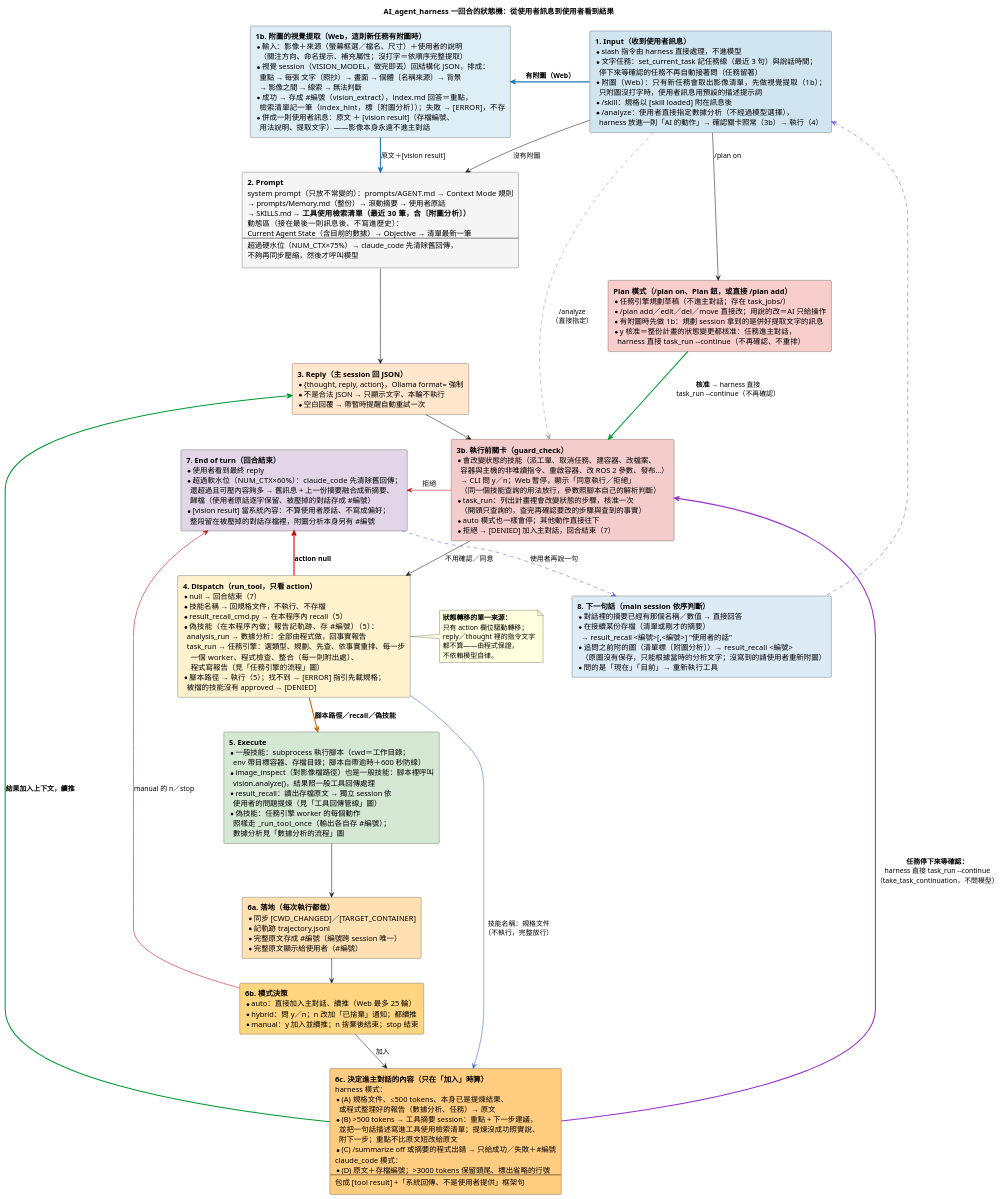
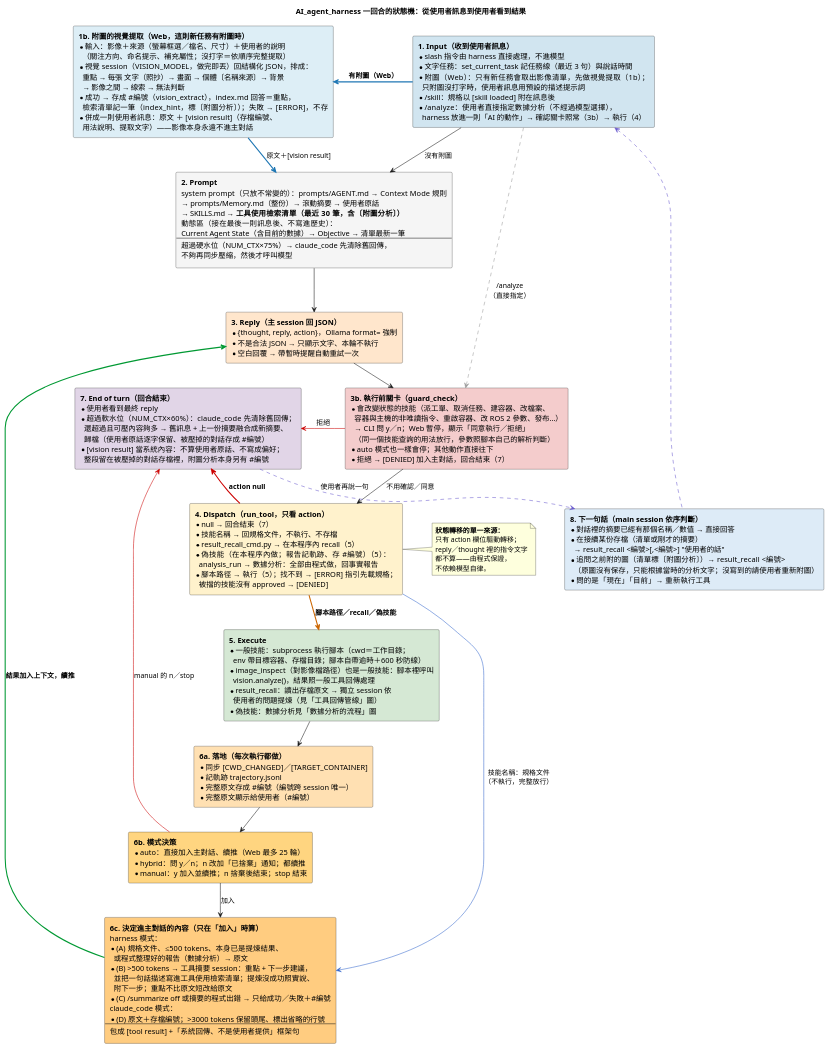
Before and after one commit to DavidZox/Coding_agnet: the diagram in doc/diagrams/AI_agent_harness的狀態轉移.puml, drawn with PlantUML. The commit also changed 63 other files, not shown here.

```diff
--- a/doc/diagrams/AI_agent_harness的狀態轉移.puml
+++ b/doc/diagrams/AI_agent_harness的狀態轉移.puml
@@ -1,184 +1,164 @@
 @startuml
 ' --- 樣式精準控制 ---
 skinparam RectangleWidthMax 360
 skinparam ranksep 45
 skinparam nodesep 55
 skinparam shadowing false
 skinparam defaultFontName "Microsoft JhengHei"
 
 title AI_agent_harness 一回合的狀態機：從使用者訊息到使用者看到結果
 
 rectangle State1 #D1E5F0 [
   **1. Input（收到使用者訊息）**
   * slash 指令由 harness 直接處理，不進模型
-  * 文字任務：set_current_task 記任務線（最近 3 句）與說話時間；
-    停下來等確認的任務不再自動接著問（任務留著）
+  * 文字任務：set_current_task 記任務線（最近 3 句）與說話時間
   * 附圖（Web）：只有新任務會取出影像清單，先做視覺提取（1b）；
     只附圖沒打字時，使用者訊息用預設的描述提示詞
   * /skill：規格以 [skill loaded] 附在訊息後
   * /analyze：使用者直接指定數據分析（不經過模型選擇），
     harness 放進一則「AI 的動作」→ 確認關卡照常（3b）→ 執行（4）
 ]
 
 rectangle StateVision #DDEEF6 [
   **1b. 附圖的視覺提取（Web，這則新任務有附圖時）**
   * 輸入：影像＋來源（螢幕框選／檔名、尺寸）＋使用者的說明
     （關注方向、命名提示、補充屬性；沒打字＝依順序完整提取）
   * 視覺 session（VISION_MODEL，做完即丟）回結構化 JSON，排成：
     重點 → 每張 文字（照抄）→ 畫面 → 個體〔名稱來源〕→ 背景
     → 影像之間 → 線索 → 無法判斷
   * 成功 → 存成 #編號（vision_extract），index.md 回答＝重點，
     檢索清單記一筆（index_hint，標〔附圖分析〕）；失敗 → [ERROR]，不存
   * 併成一則使用者訊息：原文 ＋ [vision result]（存檔編號、
     用法說明、提取文字）——影像本身永遠不進主對話
 ]
 
 rectangle State2 #F5F5F5 [
   **2. Prompt**
   system prompt（只放不常變的）：prompts/AGENT.md → Context Mode 規則
   → prompts/Memory.md（整份）→ 滾動摘要 → 使用者原話
   → SKILLS.md → **工具使用檢索清單（最近 30 筆，含〔附圖分析〕）**
   動態區（接在最後一則訊息後、不寫進歷史）：
   Current Agent State（含目前的數據）→ Objective → 清單最新一筆
   ----
   超過硬水位（NUM_CTX×75%）→ claude_code 先清除舊回傳，
   不夠再同步壓縮，然後才呼叫模型
 ]
 
 rectangle State3 #FFE6CC [
   **3. Reply（主 session 回 JSON）**
   * {thought, reply, action}，Ollama format= 強制
   * 不是合法 JSON → 只顯示文字、本輪不執行
   * 空白回覆 → 帶暫時提醒自動重試一次
 ]
 
 rectangle StateGuard #F4CCCC [
   **3b. 執行前關卡（guard_check）**
   * 會改變狀態的技能（派工單、取消任務、建容器、改檔案、
     容器與主機的非唯讀指令、重啟容器、改 ROS 2 參數、發布…）
     → CLI 問 y／n；Web 暫停，顯示「同意執行／拒絕」
     （同一個技能查詢的用法放行，參數照腳本自己的解析判斷）
-  * task_run：列出計畫裡會改變狀態的步驟，核准一次
-    （開頭只查詢的，查完再確認要改的步驟與查到的事實）
   * auto 模式也一樣會停；其他動作直接往下
   * 拒絕 → [DENIED] 加入主對話，回合結束（7）
 ]
 
 rectangle State4 #FFF2CC [
   **4. Dispatch（run_tool，只看 action）**
   * null → 回合結束（7）
   * 技能名稱 → 回規格文件，不執行、不存檔
   * result_recall_cmd.py → 在本程序內 recall（5）
   * 偽技能（在本程序內做；報告記軌跡、存 #編號）（5）：
     analysis_run → 數據分析：全部由程式做，回事實報告
-    task_run → 任務引擎：選類型、規劃、先查、依事實重排、每一步
-      一個 worker、程式檢查、整合（每一則附出處）、
-      程式寫報告（見「任務引擎的流程」圖）
   * 腳本路徑 → 執行（5）；找不到 → [ERROR] 指引先載規格；
     被擋的技能沒有 approved → [DENIED]
 ]
 
 rectangle State5 #D5E8D4 [
   **5. Execute**
   * 一般技能：subprocess 執行腳本（cwd＝工作目錄；
     env 帶目標容器、存檔目錄；腳本自帶逾時＋600 秒防線）
   * image_inspect（對影像檔路徑）也是一般技能：腳本裡呼叫
     vision.analyze()，結果照一般工具回傳處理
   * result_recall：讀出存檔原文 → 獨立 session 依
     使用者的問題提煉（見「工具回傳管線」圖）
-  * 偽技能：任務引擎 worker 的每個動作
-    照樣走 _run_tool_once（輸出各自存 #編號）；
-    數據分析見「數據分析的流程」圖
+  * 偽技能：數據分析見「數據分析的流程」圖
 ]
 
 rectangle State6a #FFE0B2 [
   **6a. 落地（每次執行都做）**
   * 同步 [CWD_CHANGED]／[TARGET_CONTAINER]
   * 記軌跡 trajectory.jsonl
   * 完整原文存成 #編號（編號跨 session 唯一）
   * 完整原文顯示給使用者（#編號）
 ]
 
 rectangle State6b #FFD580 [
   **6b. 模式決策**
   * auto：直接加入主對話、續推（Web 最多 25 輪）
   * hybrid：問 y／n；n 改加「已捨棄」通知；都續推
   * manual：y 加入並續推；n 捨棄後結束；stop 結束
 ]
 
 rectangle State6c #FFCC80 [
   **6c. 決定進主對話的內容（只在「加入」時算）**
   harness 模式：
   * (A) 規格文件、≤500 tokens、本身已是提煉結果、
-    或程式整理好的報告（數據分析、任務）→ 原文
+    或程式整理好的報告（數據分析）→ 原文
   * (B) >500 tokens → 工具摘要 session：重點 + 下一步建議，
     並把一句話描述寫進工具使用檢索清單；提煉沒成功照實說、
     附下一步；重點不比原文短改給原文
   * (C) /summarize off 或摘要的程式出錯 → 只給成功／失敗＋#編號
   claude_code 模式：
   * (D) 原文＋存檔編號；>3000 tokens 保留頭尾、標出省略的行號
   ----
   包成 [tool result] +「系統回傳、不是使用者提供」框架句
 ]
 
 rectangle State7 #E1D5E7 [
   **7. End of turn（回合結束）**
   * 使用者看到最終 reply
   * 超過軟水位（NUM_CTX×60%）：claude_code 先清除舊回傳；
     還超過且可壓內容夠多 → 舊訊息 + 上一份摘要融合成新摘要、
     歸檔（使用者原話逐字保留、被壓掉的對話存成 #編號）
   * [vision result] 當系統內容：不算使用者原話、不寫成偏好；
     整段留在被壓掉的對話存檔裡，附圖分析本身另有 #編號
 ]
 
 rectangle State8 #DDEBF7 [
   **8. 下一句話（main session 依序判斷）**
   * 對話裡的摘要已經有那個名稱／數值 → 直接回答
   * 在接續某份存檔（清單或剛才的摘要）
     → result_recall <編號>[,<編號>] "使用者的話"
   * 追問之前附的圖（清單標〔附圖分析〕）→ result_recall <編號>
     （原圖沒有保存，只能根據當時的分析文字；沒寫到的請使用者重新附圖）
   * 問的是「現在」「目前」→ 重新執行工具
 ]
 
-rectangle StatePlan #F8CECC [
-  **Plan 模式（/plan on、Plan 鈕，或直接 /plan add）**
-  * 任務引擎規劃草稿（不進主對話；存在 task_jobs/）
-  * /plan add／edit／del／move 直接改；用說的改＝AI 只給操作
-  * 有附圖時先做 1b：規劃 session 拿到的是併好提取文字的訊息
-  * y 核准＝整份計畫的狀態變更都核准：任務進主對話，
-    harness 直接 task_run --continue（不再確認、不重排）
-]
-
 ' --- 邏輯流向 ---
 State1 -down-> State2 : 沒有附圖
 State1 -[#1F77B4,bold]left-> StateVision : **有附圖（Web）**
 StateVision -[#1F77B4,bold]down-> State2 : 原文＋[vision result]
 State2 -down-> State3
 State3 -down-> StateGuard
 StateGuard -down-> State4 : 不用確認／同意
 StateGuard -[#CC0000]left-> State7 : 拒絕
 State4 -[#CC6600,bold]down-> State5 : **腳本路徑／recall／偽技能**
 State4 -[#3366CC]right-> State6c : 技能名稱：規格文件\n（不執行，完整放行）
 State5 -down-> State6a
 State6a -down-> State6b
 State6b -down-> State6c : 加入
 State6c -[#009933,bold]up-> State3 : **結果加入上下文，續推**
-State6c -[#9933CC,bold]up-> StateGuard : **任務停下來等確認：**\nharness 直接 task_run --continue\n（take_task_continuation，不問模型）
 State4 -[#CC0000,bold]left-> State7 : **action null**
 State6b -[#CC0000]left-> State7 : manual 的 n／stop
 State7 -[#6A5ACD,dashed]down-> State8 : 使用者再說一句
 State8 -[#6A5ACD,dashed]up-> State1
-State1 -down-> StatePlan : /plan on
 State1 -[#999999,dashed]right-> StateGuard : /analyze\n（直接指定）
-StatePlan -[#009933,bold]-> StateGuard : **核准** → harness 直接\ntask_run --continue（不再確認）
 
 note right of State4
   **狀態轉移的單一來源：**
   只有 action 欄位驅動轉移；
   reply／thought 裡的指令文字
   都不算——由程式保證，
   不依賴模型自律。
 end note
 
 @enduml
```
